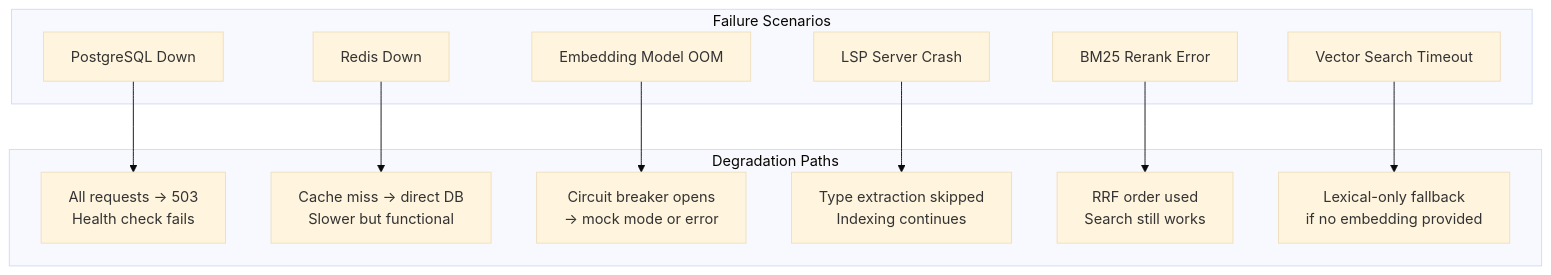
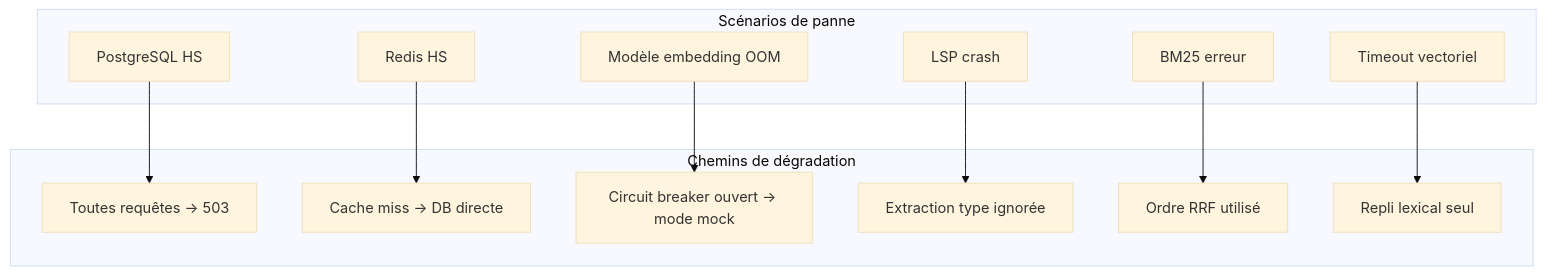
One commit to giak/mnemo-lite changed the tenth of 10 diagrams in docs/ARCHITECTURE.md. Above: the diagram before and after it, drawn with Mermaid (base theme). The commit also changed other lines of this file and 1 other file, not shown here.

First line of the commit message:
docs: réécrire architecture en français avec diagrammes Mermaid valides

````diff
--- a/docs/ARCHITECTURE.md
+++ b/docs/ARCHITECTURE.md
@@ -500,27 +459,27 @@
 ```mermaid
 flowchart TD
-    subgraph "Failure Scenarios"
-        F1[PostgreSQL Down]
-        F2[Redis Down]
-        F3[Embedding Model OOM]
-        F4[LSP Server Crash]
-        F5[BM25 Rerank Error]
-        F6[Vector Search Timeout]
+    subgraph "Scénarios de panne"
+        F1[PostgreSQL HS]
+        F2[Redis HS]
+        F3[Modèle embedding OOM]
+        F4[LSP crash]
+        F5[BM25 erreur]
+        F6[Timeout vectoriel]
     end
 
-    subgraph "Degradation Paths"
-        D1[All requests → 503<br/>Health check fails]
-        D2[Cache miss → direct DB<br/>Slower but functional]
-        D3[Circuit breaker opens<br/>→ mock mode or error]
-        D4[Type extraction skipped<br/>Indexing continues]
-        D5[RRF order used<br/>Search still works]
-        D6[Lexical-only fallback<br/>if no embedding provided]
+    subgraph "Chemins de dégradation"
+        D1[Toutes requêtes → 503]
+        D2[Cache miss → DB directe]
+        D3[Circuit breaker ouvert → mode mock]
+        D4[Extraction type ignorée]
+        D5[Ordre RRF utilisé]
+        D6[Repli lexical seul]
     end
 
     F1 --> D1
     F2 --> D2
     F3 --> D3
     F4 --> D4
     F5 --> D5
     F6 --> D6
 ```
````
